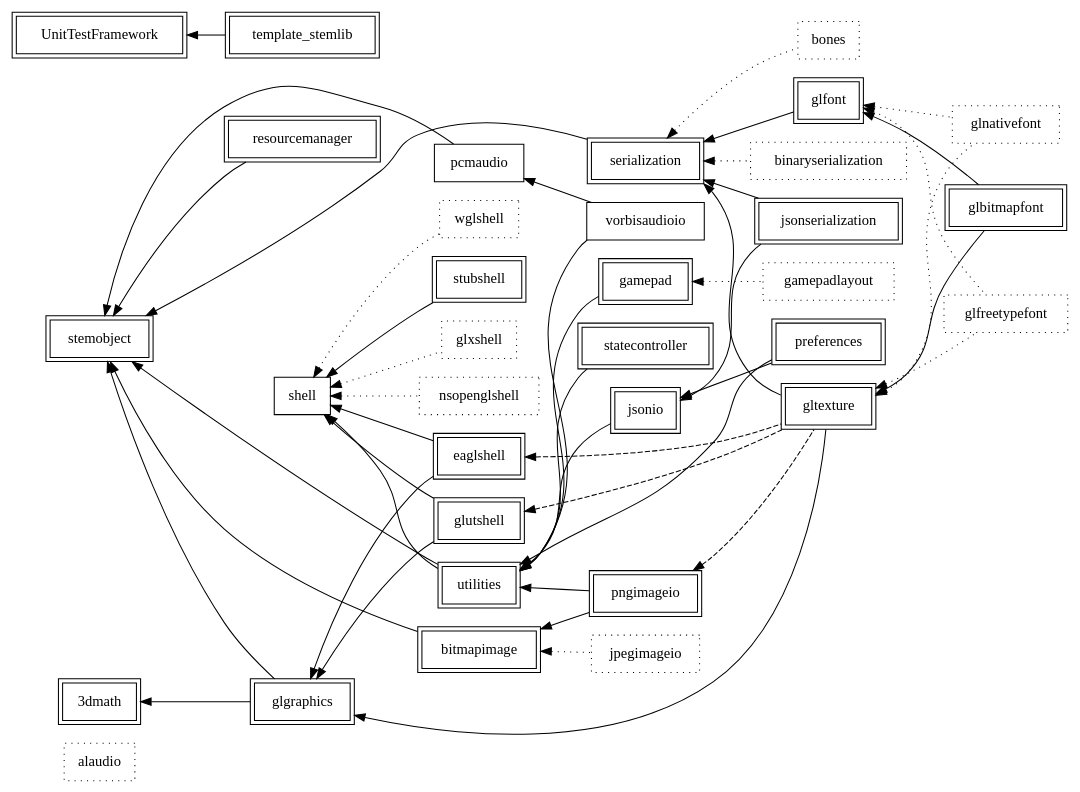
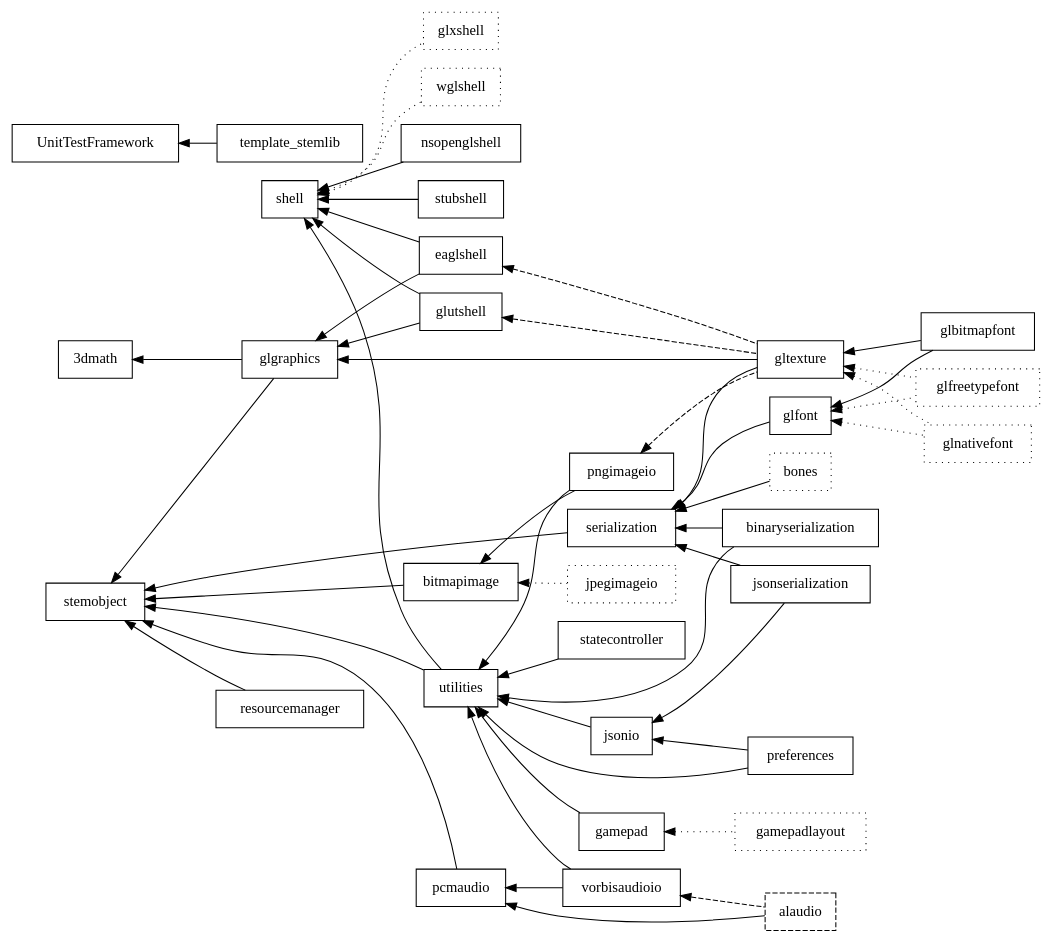
The diagram in meta/stem.dot (NearlyTRex/Stem), drawn with Graphviz before and after one commit.

Commit message:
Dependency graph update that I don't feel like describing

```diff
--- a/meta/stem.dot
+++ b/meta/stem.dot
@@ -1,92 +1,70 @@
 digraph stem {
 	graph [rankdir=LR];
 	node [shape=box];
 	edge [dir=back];
 	
 	alaudio;
 	"3dmath" -> glgraphics;
 	preferences;
 	serialization -> {glfont; gltexture; jsonserialization}
-	serialization -> {binaryserialization; bones} [style=dotted];
-	shell -> {eaglshell; glutshell; stubshell; utilities};
-	shell -> {glxshell; nsopenglshell; wglshell} [style=dotted];
+	serialization -> {binaryserialization; bones};
+	shell -> {eaglshell; glutshell; nsopenglshell; stubshell; utilities};
+	shell -> {glxshell; wglshell} [style=dotted];
 	stemobject -> {bitmapimage; glgraphics; pcmaudio; resourcemanager; serialization; utilities};
 	UnitTestFramework -> template_stemlib;
 	
 	bitmapimage -> pngimageio;
 	bitmapimage -> jpegimageio [style=dotted];
 	eaglshell -> gltexture [style=dashed];
 	glgraphics -> {eaglshell; gltexture; glutshell};
 	glutshell -> gltexture [style=dashed];
-	pcmaudio -> vorbisaudioio;
+	pcmaudio -> {alaudio; vorbisaudioio};
 	pngimageio -> gltexture [style=dashed];
-	utilities -> {gamepad; jsonio; pngimageio; preferences; statecontroller};
+	utilities -> {gamepad; jsonio; pngimageio; preferences; statecontroller; binaryserialization};
 	utilities -> vorbisaudioio;
 	
 	gamepad -> gamepadlayout [style=dotted];
 	gltexture -> glbitmapfont;
 	gltexture -> {glfreetypefont, glnativefont} [style=dotted];
 	glfont -> glbitmapfont;
 	glfont -> {glfreetypefont, glnativefont} [style=dotted];
 	jsonio -> {jsonserialization; preferences};
+	vorbisaudioio -> alaudio [style=dashed];
 	
 	shell [group="shells"];
 	eaglshell [group="shells"];
 	glutshell [group="shells"];
 	glxshell [group="shells"];
 	nsopenglshell [group="shells"];
 	stubshell [group="shells"];
 	wglshell [group="shells"];
 	
 	serialization [group="serialization"];
 	binaryserialization [group="serialization"];
 	jsonserialization [group="serialization"];
 	
 	glgraphics [group="opengl"];
 	gltexture [group="opengl"];
 	glfont [group="opengl"];
 	glbitmapfont [group="opengl"];
 	glfreetypefont [group="opengl"];
 	glnativefont [group="opengl"];
 	
 	bitmapimage [group="image"];
 	jpegimageio [group="image"];
 	pngimageio [group="image"];
 	
 	alaudio [group="audio"];
 	pcmaudio [group="audio"];
 	vorbisaudioio [group="audio"];
 	
-	alaudio [style=dotted];
-	binaryserialization [style=dotted];
 	bones [style=dotted];
 	gamepadlayout [style=dotted];
 	glfreetypefont [style=dotted];
 	glnativefont [style=dotted];
 	glxshell [style=dotted];
 	jpegimageio [style=dotted];
-	nsopenglshell [style=dotted];
 	wglshell [style=dotted];
 	
-	"3dmath" [peripheries=2];
-	bitmapimage [peripheries=2];
-	eaglshell [peripheries=2];
-	gamepad [peripheries=2];
-	glbitmapfont [peripheries=2];
-	glfont [peripheries=2];
-	glgraphics [peripheries=2];
-	gltexture [peripheries=2];
-	glutshell [peripheries=2];
-	jsonio [peripheries=2];
-	jsonserialization [peripheries=2];
-	pngimageio [peripheries=2];
-	preferences [peripheries=2];
-	resourcemanager [peripheries=2];
-	serialization [peripheries=2];
-	statecontroller [peripheries=2];
-	stemobject [peripheries=2];
-	stubshell [peripheries=2];
-	template_stemlib [peripheries=2];
-	UnitTestFramework [peripheries=2];
-	utilities [peripheries=2];
+	alaudio [style=dashed];
 }
```
